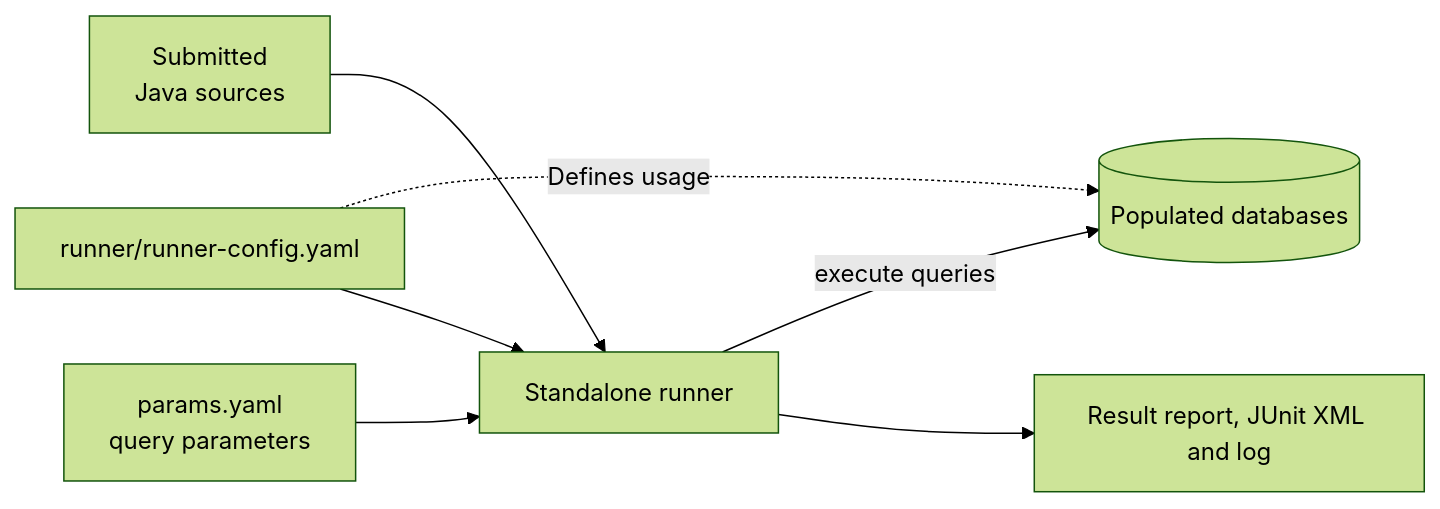
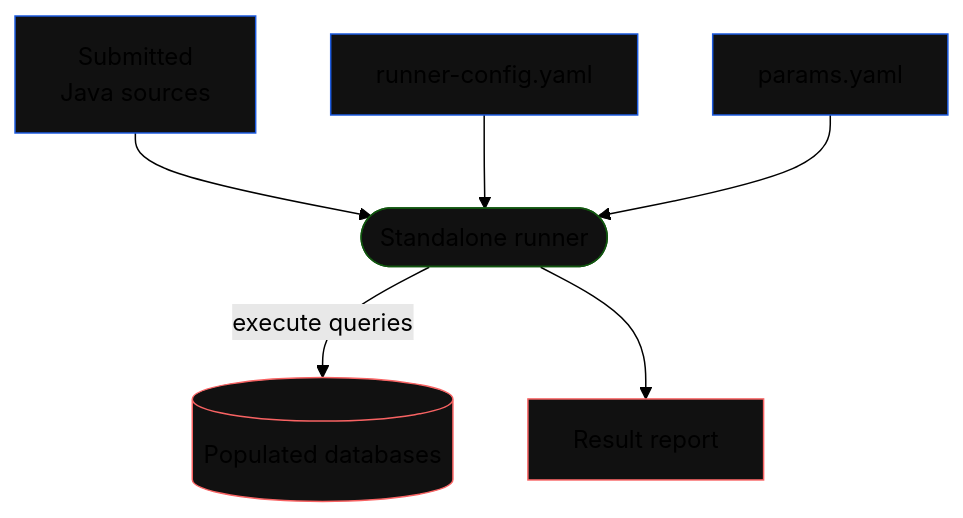
Before and after one commit to SimekJan/oxm-benchmark: the first of 3 diagrams in docs/RUNNER_ARCHITECTURE.md, drawn with Mermaid (forest theme). The commit also changed other lines of this file, not shown here.

Commit message:
Update Runner architecture docs

````diff
--- a/docs/RUNNER_ARCHITECTURE.md
+++ b/docs/RUNNER_ARCHITECTURE.md
@@ -7,10 +8,22 @@
 ```mermaid
-flowchart LR
+flowchart TB
     DB[("Populated databases")]
-    SRC["Submitted<br/>Java sources"] --> RUN["Standalone runner"]
-    PARAMS["params.yaml<br/>query parameters"] --> RUN
-    CONFIG["runner/runner-config.yaml"] -. Defines usage .-> DB
+    SRC["Submitted<br/>Java sources"] 
+    RUN(["Standalone runner"])
+    PARAMS["params.yaml"]
+    CONFIG["runner-config.yaml"]
+    OUT["Result report"]
+    SRC --> RUN
     CONFIG --> RUN
+    PARAMS --> RUN
     RUN -->|execute queries| DB
-    RUN --> OUT["Result report, JUnit XML and log"]
+    RUN --> OUT
+
+    classDef inputs fill: #111111, stroke: #1d5bdf
+    classDef runner fill: #111111, stroke: #11550f
+    classDef outputs fill: #111111, stroke: #f86363
+
+    class SRC,PARAMS,CONFIG inputs
+    class RUN runner
+    class DB,OUT outputs
 ```
````
